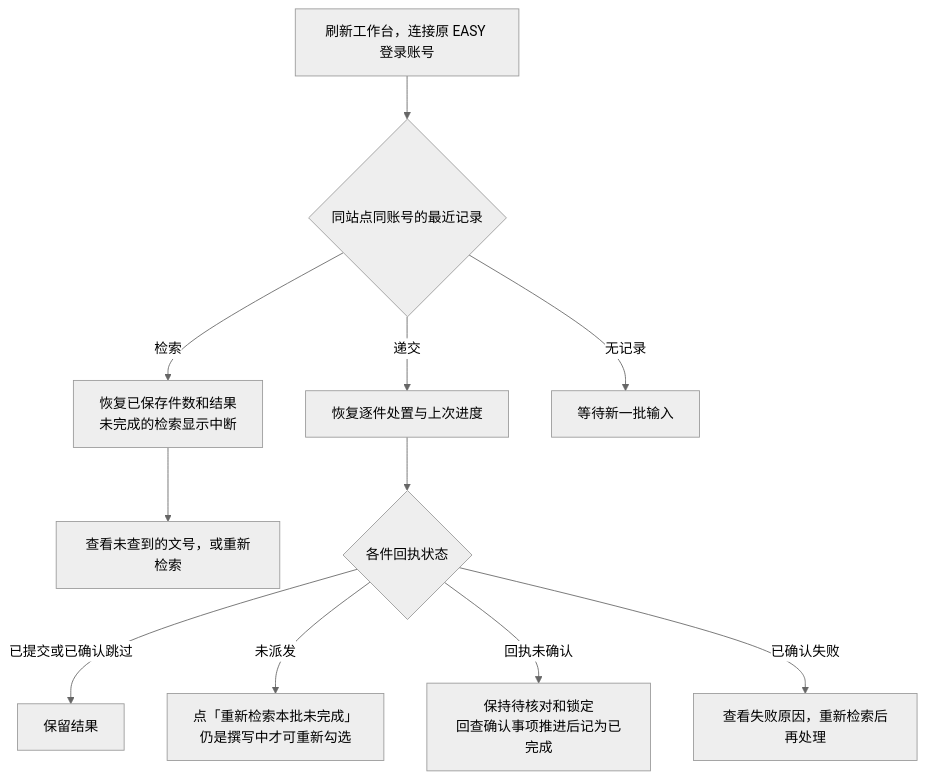
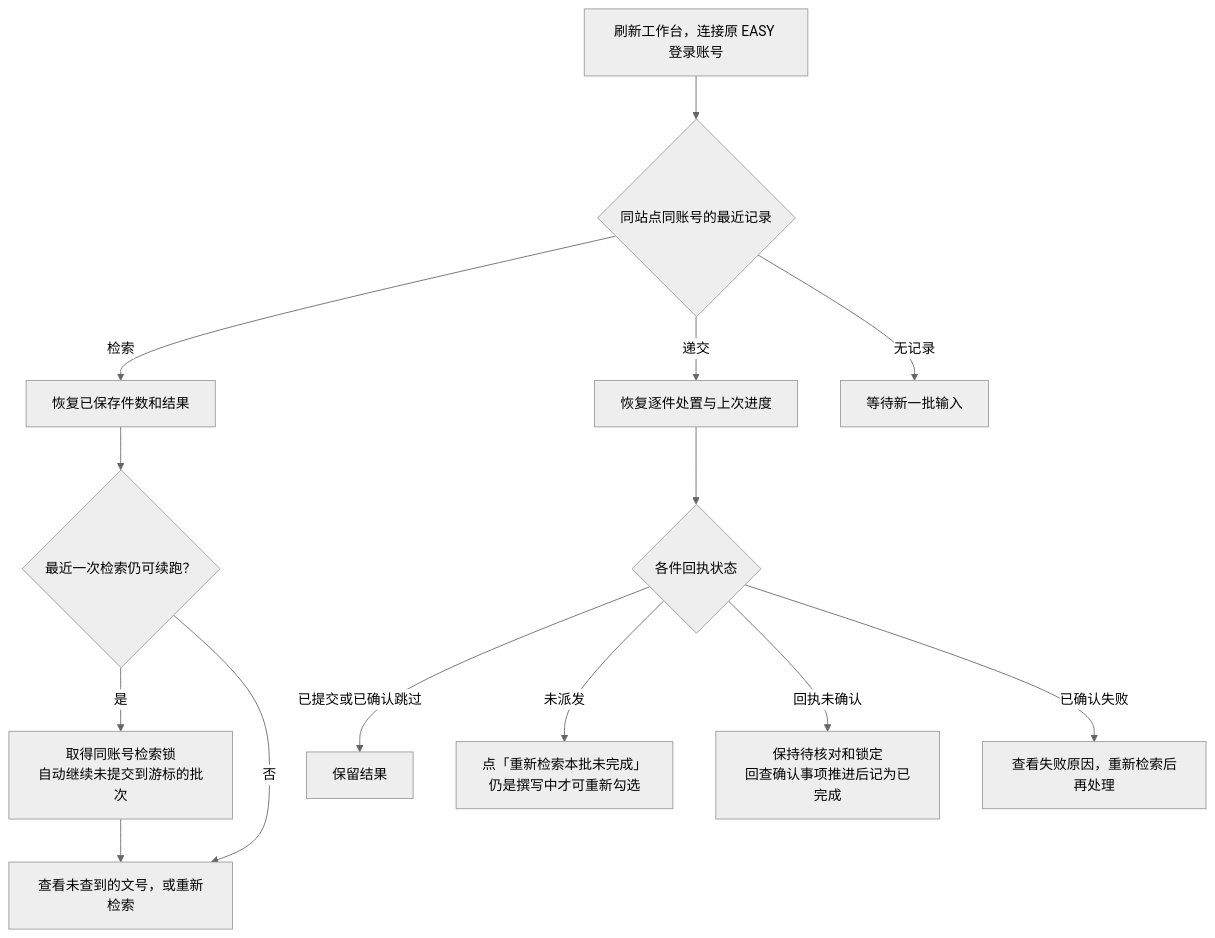
Before and after one commit to haohaizi233/patmail: the third of 3 diagrams in patmail-extension/docs/workflows/请求费用减缓.md, drawn with Mermaid (neutral theme). The commit also changed other lines of this file and 3 other files, not shown here.

````diff
--- a/patmail-extension/docs/workflows/请求费用减缓.md
+++ b/patmail-extension/docs/workflows/请求费用减缓.md
@@ -83,17 +83,20 @@
 ```mermaid
 flowchart TD
   reopen["刷新工作台，连接原 EASY 登录账号"] --> journal{"同站点同账号的最近记录"}
-  journal -->|检索| query["恢复已保存件数和结果<br/>未完成的检索显示中断"]
-  query --> read["查看未查到的文号，或重新检索"]
+  journal -->|检索| query["恢复已保存件数和结果"]
+  query --> resumable{"最近一次检索仍可续跑？"}
+  resumable -->|是| resume["取得同账号检索锁<br/>自动继续未提交到游标的批次"]
+  resumable -->|否| read["查看未查到的文号，或重新检索"]
+  resume --> read
   journal -->|递交| submit["恢复逐件处置与上次进度"]
   submit --> receipt{"各件回执状态"}
   receipt -->|已提交或已确认跳过| keep["保留结果"]
   receipt -->|未派发| newSearch["点「重新检索本批未完成」<br/>仍是撰写中才可重新勾选"]
   receipt -->|回执未确认| verify["保持待核对和锁定<br/>回查确认事项推进后记为已完成"]
   receipt -->|已确认失败| failed["查看失败原因，重新检索后再处理"]
   journal -->|无记录| start["等待新一批输入"]
-  class reopen,query,read,submit,newSearch,start pmStep
-  class journal,receipt pmDecision
+  class reopen,query,resume,read,submit,newSearch,start pmStep
+  class journal,resumable,receipt pmDecision
   class keep pmSuccess
   class verify,failed pmWarning
 ```
````
